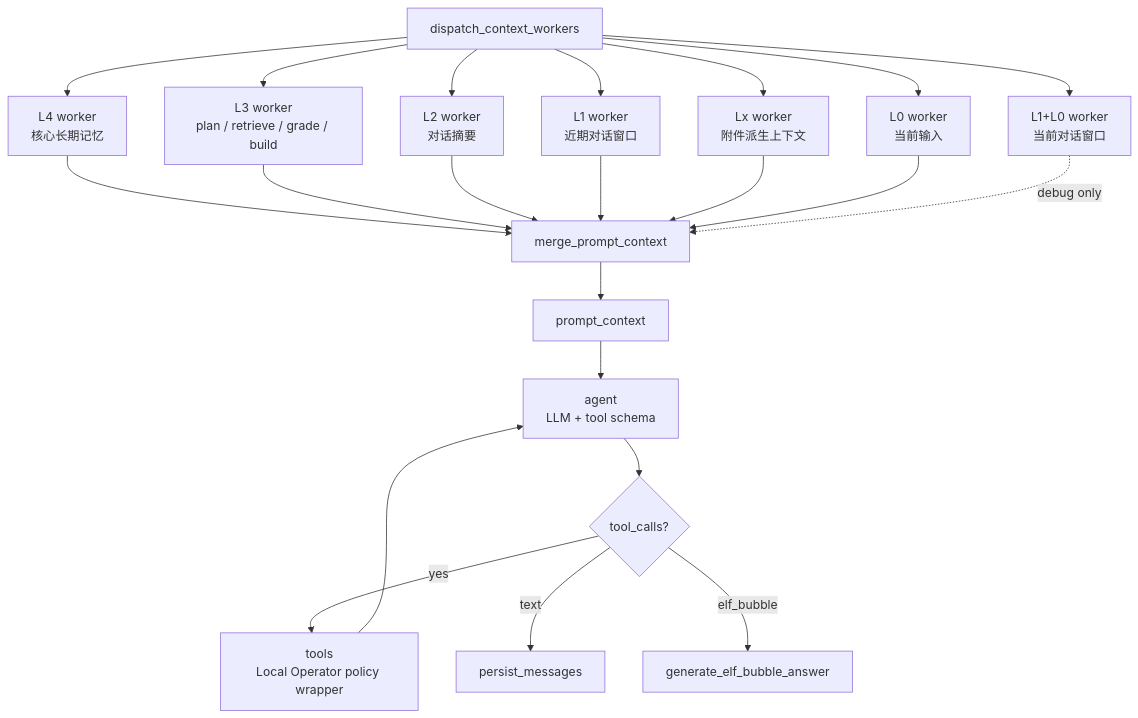
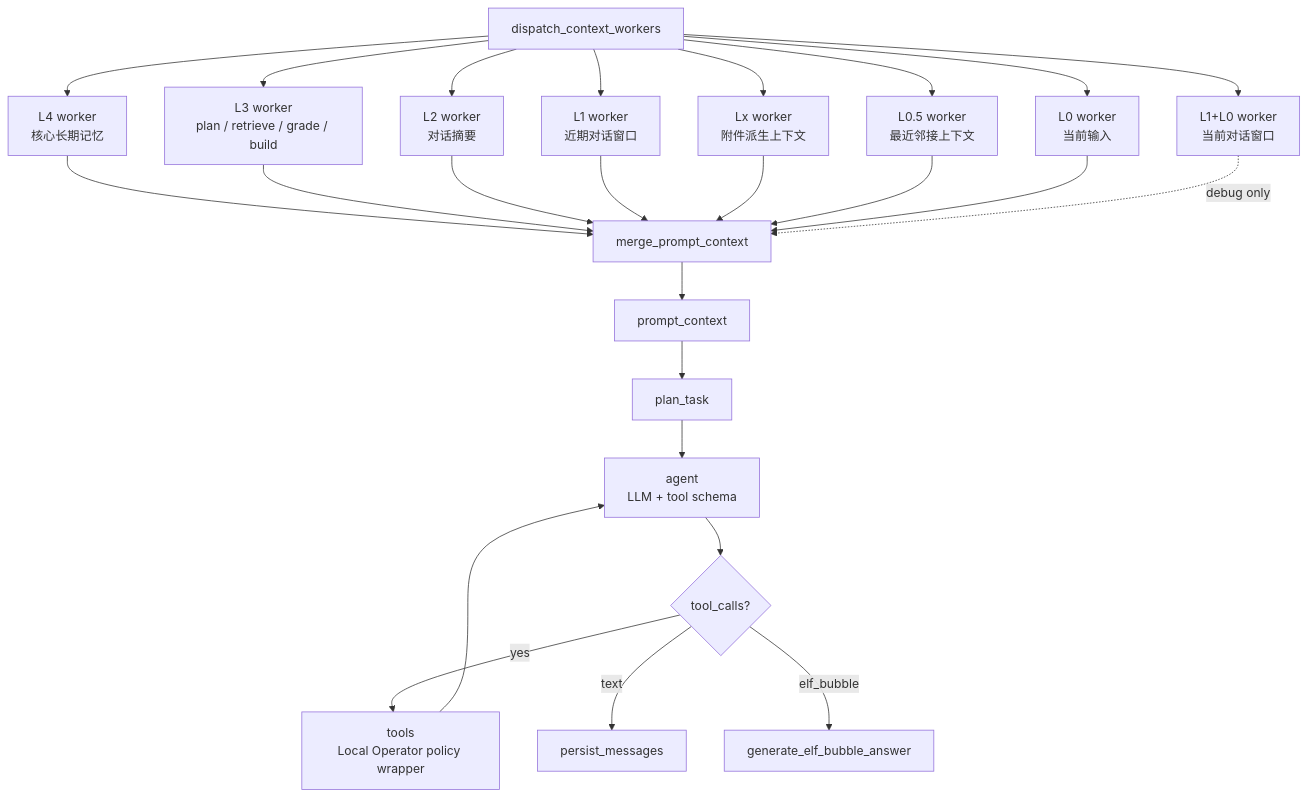
One commit to LiuJiaxuan1024/AiMemo changed the second of 5 diagrams in docs/agent/memory-chat-graph.md. Above: the diagram before and after it, drawn with Mermaid. The commit also changed other lines of this file and 49 other files, not shown here.

````diff
--- a/docs/agent/memory-chat-graph.md
+++ b/docs/agent/memory-chat-graph.md
@@ -505,26 +519,29 @@
 ```mermaid
 flowchart TD
     Dispatch[dispatch_context_workers] --> L4[L4 worker<br/>核心长期记忆]
     Dispatch --> L3[L3 worker<br/>plan / retrieve / grade / build]
     Dispatch --> L2[L2 worker<br/>对话摘要]
     Dispatch --> L1[L1 worker<br/>近期对话窗口]
     Dispatch --> LX[Lx worker<br/>附件派生上下文]
+    Dispatch --> L05[L0.5 worker<br/>最近邻接上下文]
     Dispatch --> L0[L0 worker<br/>当前输入]
     Dispatch --> Window[L1+L0 worker<br/>当前对话窗口]
 
     L4 --> Merge[merge_prompt_context]
     L3 --> Merge
     L2 --> Merge
     L1 --> Merge
     LX --> Merge
+    L05 --> Merge
     L0 --> Merge
     Window -. debug only .-> Merge
 
     Merge --> Prompt[prompt_context]
-    Prompt --> Agent[agent<br/>LLM + tool schema]
+    Prompt --> Plan[plan_task]
+    Plan --> Agent[agent<br/>LLM + tool schema]
     Agent --> Route{tool_calls?}
     Route -->|yes| Tools[tools<br/>Local Operator policy wrapper]
     Tools --> Agent
     Route -->|text| Persist[persist_messages]
     Route -->|elf_bubble| BubbleGenerate[generate_elf_bubble_answer]
 ```
````
